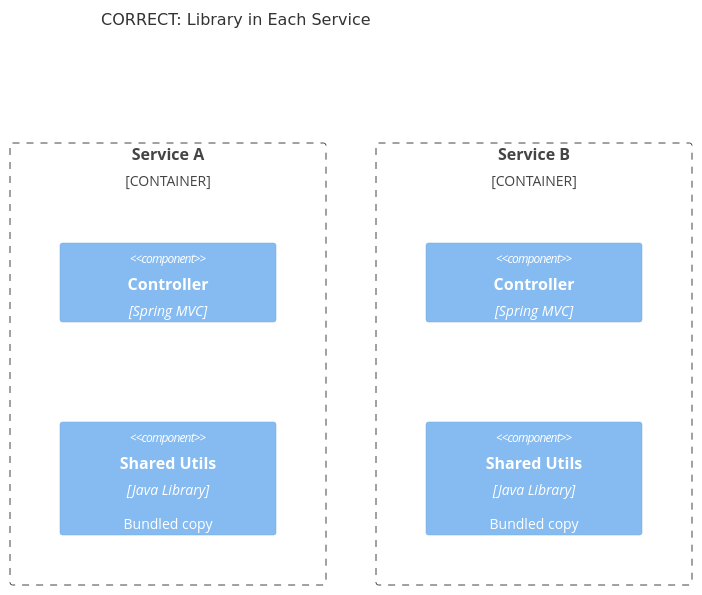
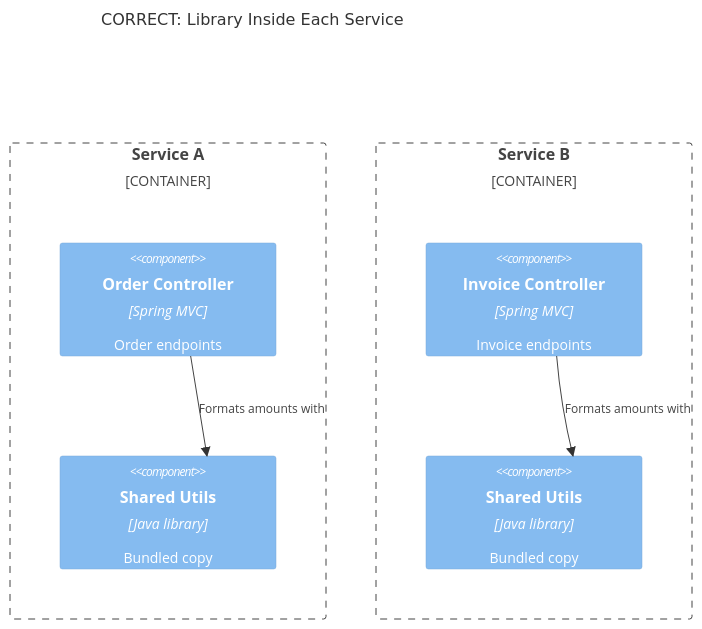
The fourth of 10 diagrams in dist/plugins/c4-architecture/skills/c4-architecture/references/common-mistakes.md (castocolina/agent-toolkit), drawn with Mermaid before and after one commit. The commit also changed other lines of this file and 1013 other files, not shown here.

````diff
--- a/dist/plugins/c4-architecture/skills/c4-architecture/references/common-mistakes.md
+++ b/dist/plugins/c4-architecture/skills/c4-architecture/references/common-mistakes.md
@@ -94,14 +49,14 @@
 ```mermaid
 C4Component
-  title CORRECT: Library in Each Service
-
+  title CORRECT: Library Inside Each Service
   Container_Boundary(serviceA, "Service A") {
-    Component(controllerA, "Controller", "Spring MVC")
-    Component(utilsA, "Shared Utils", "Java Library", "Bundled copy")
+    Component(controllerA, "Order Controller", "Spring MVC", "Order endpoints")
+    Component(utilsA, "Shared Utils", "Java library", "Bundled copy")
   }
-
   Container_Boundary(serviceB, "Service B") {
-    Component(controllerB, "Controller", "Spring MVC")
-    Component(utilsB, "Shared Utils", "Java Library", "Bundled copy")
+    Component(controllerB, "Invoice Controller", "Spring MVC", "Invoice endpoints")
+    Component(utilsB, "Shared Utils", "Java library", "Bundled copy")
   }
+  Rel(controllerA, utilsA, "Formats amounts with")
+  Rel(controllerB, utilsB, "Formats amounts with")
 ```
````
